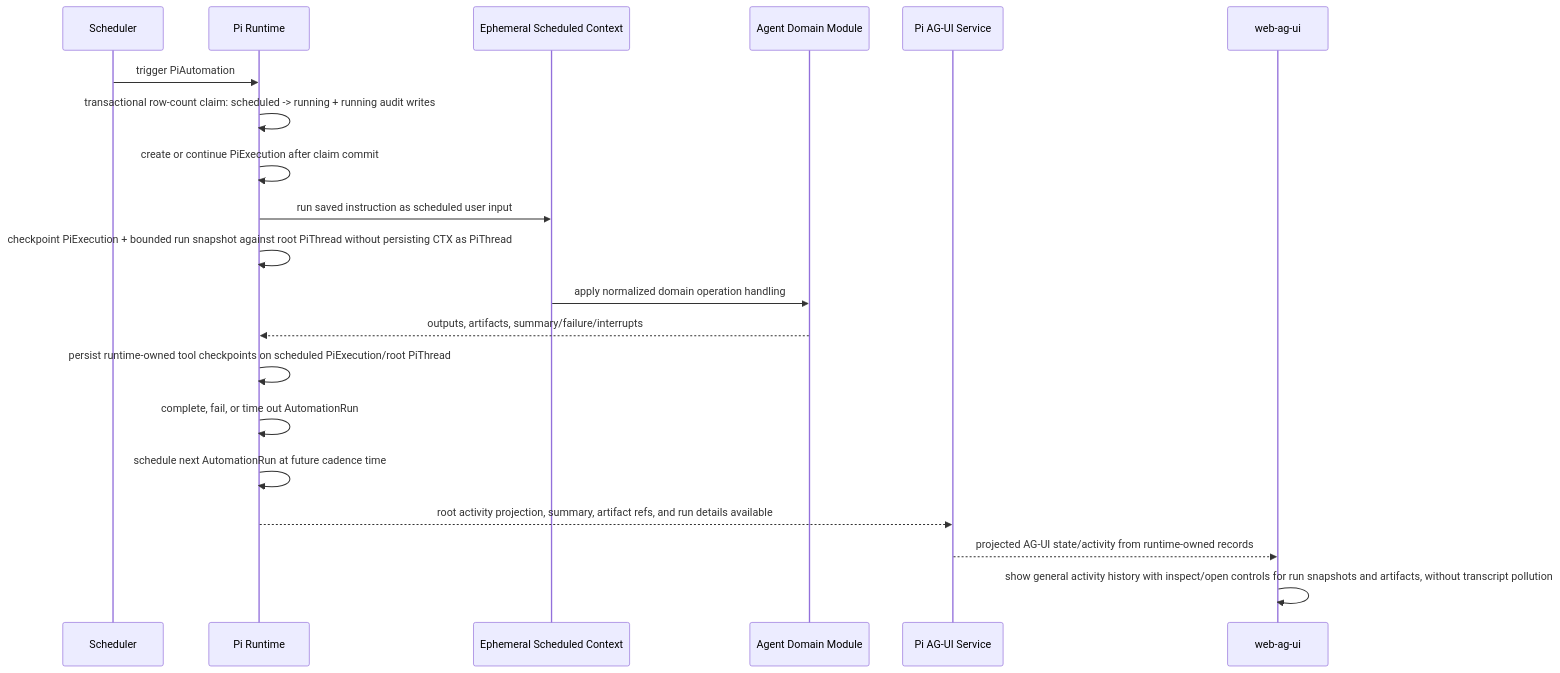
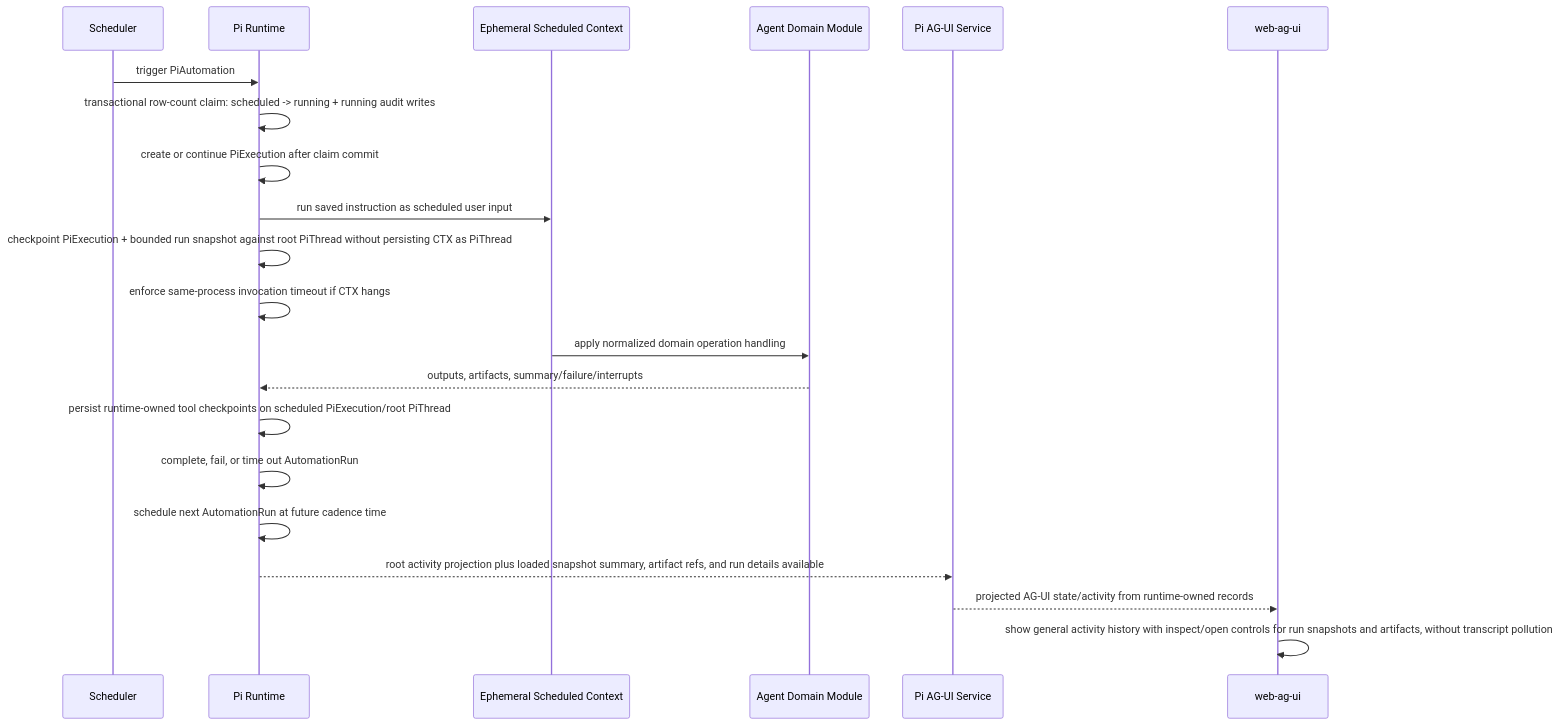
Before and after one commit to EmberAGI/arbitrum-vibekit: the sixth of 7 diagrams in typescript/clients/web-ag-ui/docs/c4-pi-runtime-architecture-and-boundaries.md, drawn with Mermaid. The commit also changed other lines of this file and 20 other files, not shown here.

````diff
--- a/typescript/clients/web-ag-ui/docs/c4-pi-runtime-architecture-and-boundaries.md
+++ b/typescript/clients/web-ag-ui/docs/c4-pi-runtime-architecture-and-boundaries.md
@@ -339,23 +339,24 @@
 ```mermaid
 sequenceDiagram
   participant SCH as Scheduler
   participant RT as Pi Runtime
   participant CTX as Ephemeral Scheduled Context
   participant DM as Agent Domain Module
   participant AG as Pi AG-UI Service
   participant Web as web-ag-ui
 
   SCH->>RT: trigger PiAutomation
   RT->>RT: transactional row-count claim: scheduled -> running + running audit writes
   RT->>RT: create or continue PiExecution after claim commit
   RT->>CTX: run saved instruction as scheduled user input
   RT->>RT: checkpoint PiExecution + bounded run snapshot against root PiThread without persisting CTX as PiThread
+  RT->>RT: enforce same-process invocation timeout if CTX hangs
   CTX->>DM: apply normalized domain operation handling
   DM-->>RT: outputs, artifacts, summary/failure/interrupts
   RT->>RT: persist runtime-owned tool checkpoints on scheduled PiExecution/root PiThread
   RT->>RT: complete, fail, or time out AutomationRun
   RT->>RT: schedule next AutomationRun at future cadence time
-  RT-->>AG: root activity projection, summary, artifact refs, and run details available
+  RT-->>AG: root activity projection plus loaded snapshot summary, artifact refs, and run details available
   AG-->>Web: projected AG-UI state/activity from runtime-owned records
   Web->>Web: show general activity history with inspect/open controls for run snapshots and artifacts, without transcript pollution
 ```
````
